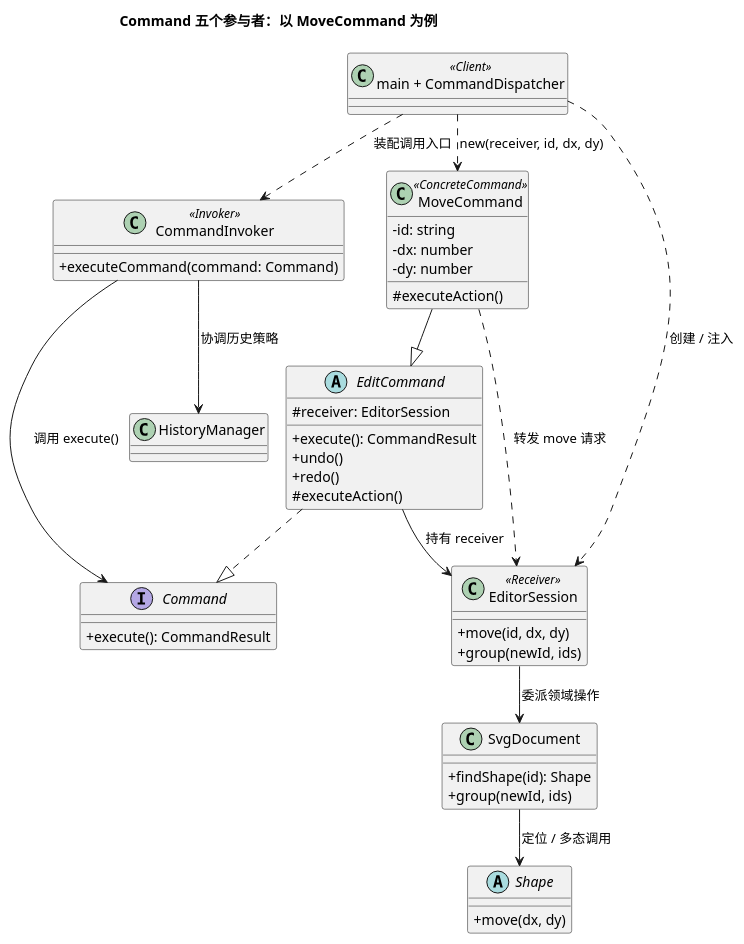
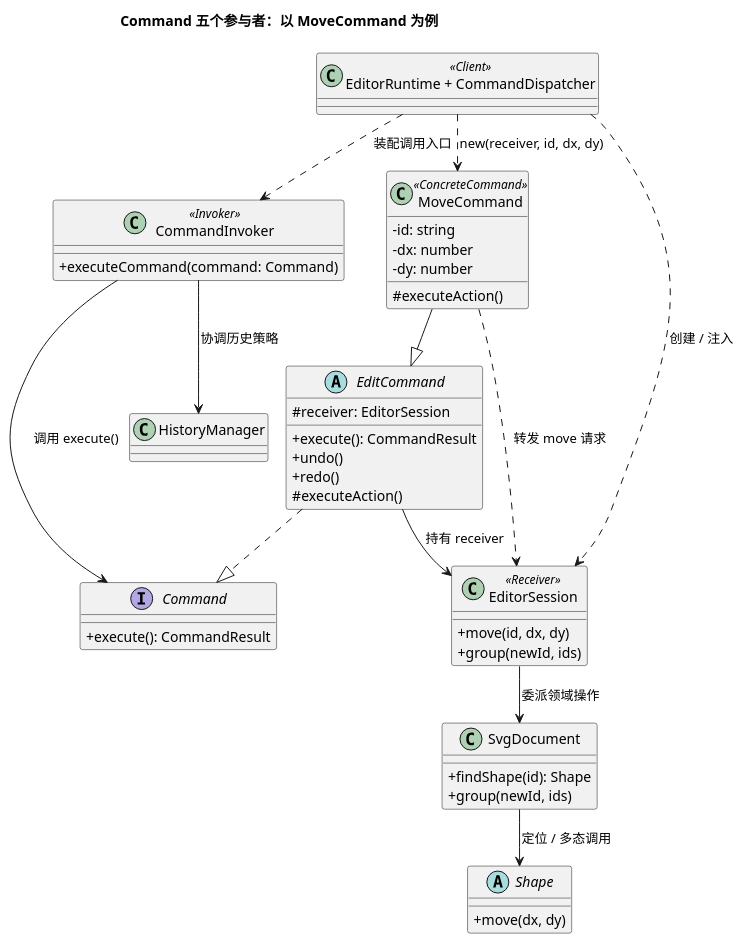
Before and after one commit to xinyue-huang0710/2026software-design-pj_hxy: the diagram in doc/diagrams/command-pattern.puml, drawn with PlantUML. The commit also changed 14 other files, not shown here.

Commit message:
docs: complete architecture audit and phase one delivery guide

```diff
--- a/doc/diagrams/command-pattern.puml
+++ b/doc/diagrams/command-pattern.puml
@@ -1,50 +1,50 @@
 @startuml
 !pragma layout smetana
 skinparam defaultFontName Microsoft YaHei
 skinparam backgroundColor white
 title Command 五个参与者：以 MoveCommand 为例
 skinparam classAttributeIconSize 0
-class "main + CommandDispatcher" as Client <<Client>>
+class "EditorRuntime + CommandDispatcher" as Client <<Client>>
 class CommandInvoker <<Invoker>> {
   +executeCommand(command: Command)
 }
 interface Command {
   +execute(): CommandResult
 }
 abstract class EditCommand {
   #receiver: EditorSession
   +execute(): CommandResult
   +undo()
   +redo()
   #executeAction()
 }
 class MoveCommand <<ConcreteCommand>> {
   -id: string
   -dx: number
   -dy: number
   #executeAction()
 }
 class EditorSession <<Receiver>> {
   +move(id, dx, dy)
   +group(newId, ids)
 }
 class SvgDocument {
   +findShape(id): Shape
   +group(newId, ids)
 }
 abstract class Shape {
   +move(dx, dy)
 }
 class HistoryManager
 Client ..> EditorSession : 创建 / 注入
 Client ..> MoveCommand : new(receiver, id, dx, dy)
 Client ..> CommandInvoker : 装配调用入口
 CommandInvoker --> Command : 调用 execute()
 CommandInvoker --> HistoryManager : 协调历史策略
 EditCommand ..|> Command
 MoveCommand --|> EditCommand
 EditCommand --> EditorSession : 持有 receiver
 MoveCommand ..> EditorSession : 转发 move 请求
 EditorSession --> SvgDocument : 委派领域操作
 SvgDocument --> Shape : 定位 / 多态调用
 @enduml
```
